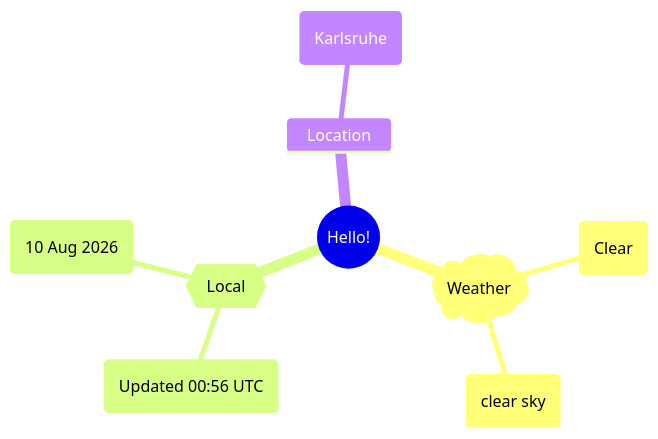
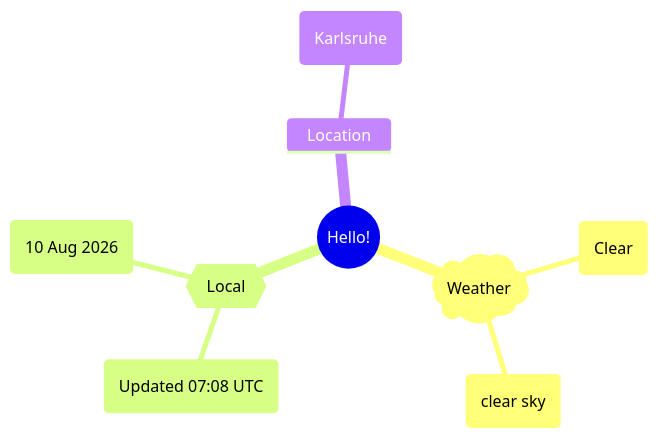
The first of 2 diagrams in README.md (Xosrov/Xosrov), drawn with Mermaid before and after one commit.

Commit message:
[bot] updated images

````diff
--- a/README.md
+++ b/README.md
@@ -3,12 +3,12 @@
 ```mermaid
 mindmap
   root((Hello!))
     )Weather(
         (Clear)
         (clear sky)
     {{Local}}
-        (Updated 00:56 UTC)
+        (Updated 07:08 UTC)
         (10 Aug 2026)
     Location
         (Karlsruhe)
 ```
````
